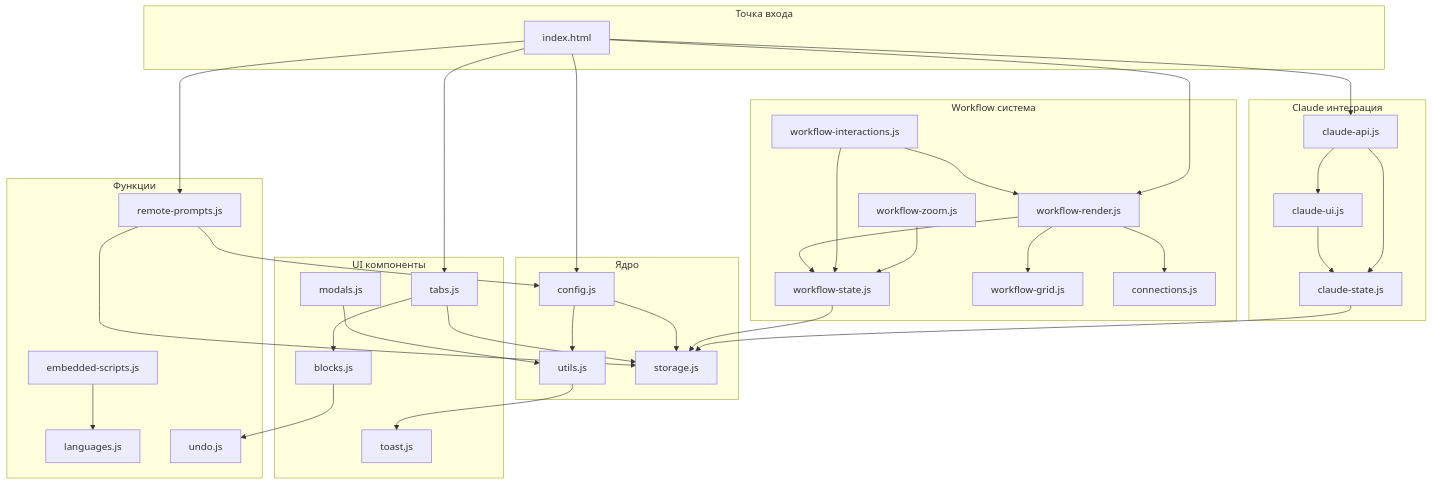
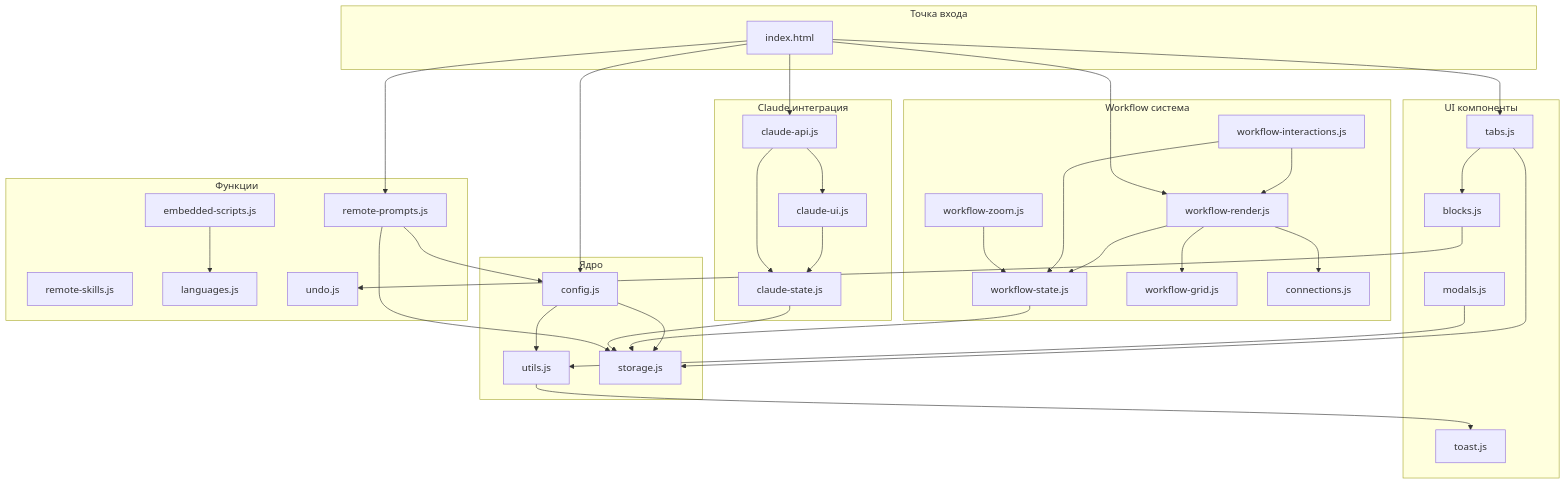
Before and after one commit to IllWicked/ai-prompts-manager: the diagram in docs/02-FRONTEND.md, drawn with Mermaid. The commit also changed other lines of this file and 30 other files, not shown here.

````diff
--- a/docs/02-FRONTEND.md
+++ b/docs/02-FRONTEND.md
@@ -102,79 +102,80 @@
 ```mermaid
 graph TD
     subgraph Core["Ядро"]
         CONFIG[config.js]
         UTILS[utils.js]
         STORAGE[storage.js]
     end
 
     subgraph UI["UI компоненты"]
         TOAST[toast.js]
         MODALS[modals.js]
         TABS[tabs.js]
         BLOCKS[blocks.js]
     end
 
     subgraph Workflow["Workflow система"]
         WF_STATE[workflow-state.js]
         WF_GRID[workflow-grid.js]
         WF_ZOOM[workflow-zoom.js]
         WF_RENDER[workflow-render.js]
         WF_INTER[workflow-interactions.js]
         CONN[connections.js]
     end
 
     subgraph Claude["Claude интеграция"]
         CL_STATE[claude-state.js]
         CL_UI[claude-ui.js]
         CL_API[claude-api.js]
     end
 
     subgraph Features["Функции"]
         REMOTE[remote-prompts.js]
+        RSKILLS[remote-skills.js]
         LANG[languages.js]
         EMBED[embedded-scripts.js]
         UNDO[undo.js]
     end
 
     subgraph Entry["Точка входа"]
         INDEX[index.html]
     end
 
     %% Зависимости ядра
     CONFIG --> UTILS
     CONFIG --> STORAGE
     UTILS --> TOAST
 
     %% UI зависимости
     TABS --> STORAGE
     TABS --> BLOCKS
     BLOCKS --> UNDO
     MODALS --> UTILS
 
     %% Workflow зависимости
     WF_STATE --> STORAGE
     WF_RENDER --> WF_STATE
     WF_RENDER --> WF_GRID
     WF_RENDER --> CONN
     WF_INTER --> WF_STATE
     WF_INTER --> WF_RENDER
     WF_ZOOM --> WF_STATE
 
     %% Claude зависимости
     CL_STATE --> STORAGE
     CL_UI --> CL_STATE
     CL_API --> CL_STATE
     CL_API --> CL_UI
 
     %% Features зависимости
     REMOTE --> CONFIG
     REMOTE --> STORAGE
     EMBED --> LANG
 
     %% Index.html использует всё
     INDEX --> CONFIG
     INDEX --> TABS
     INDEX --> WF_RENDER
     INDEX --> CL_API
     INDEX --> REMOTE
 ```
````
